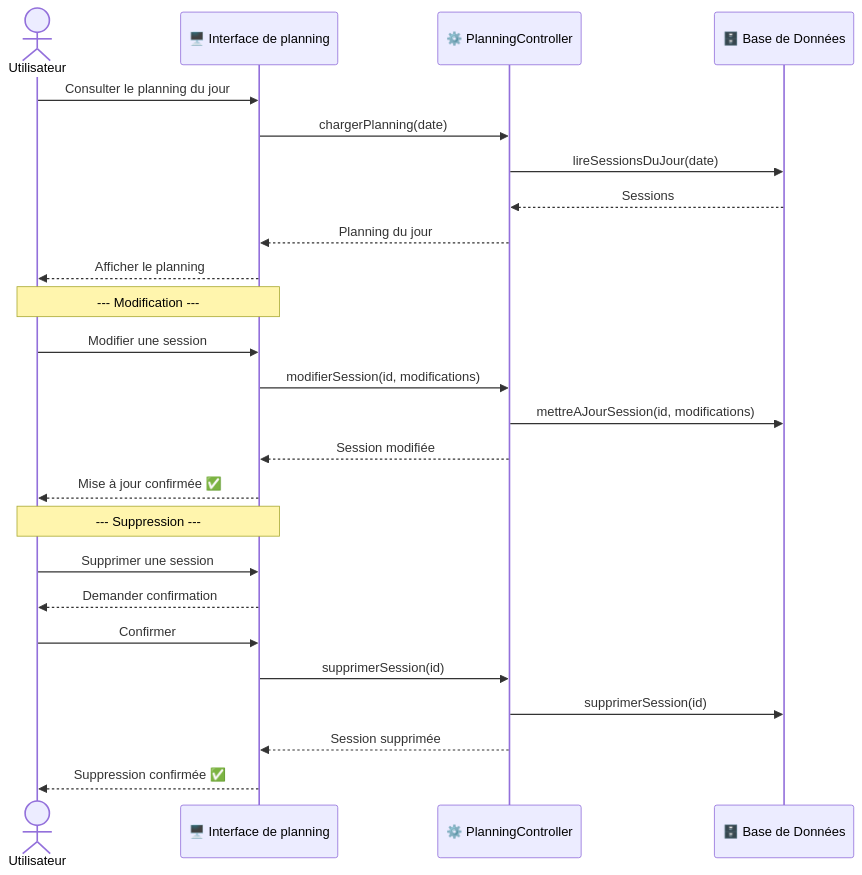
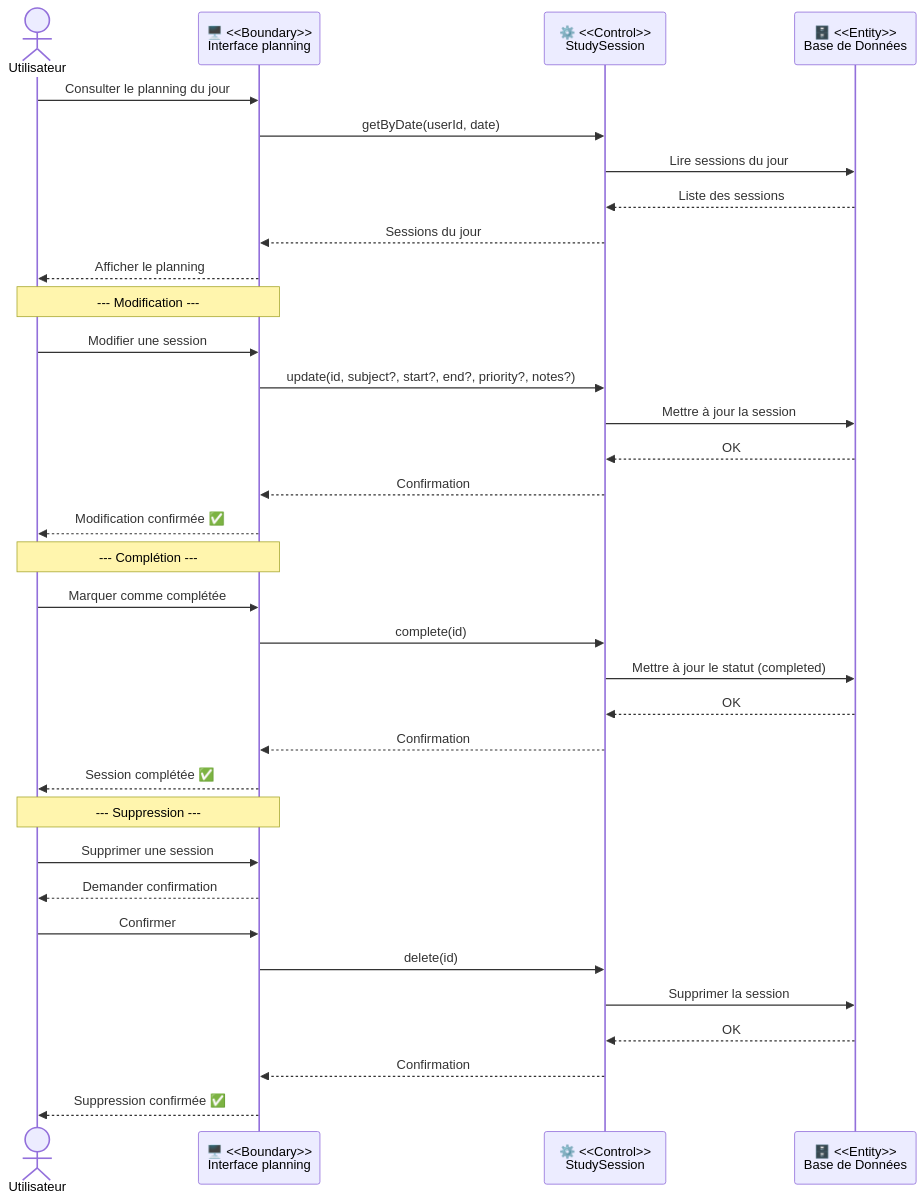
Before and after one commit to Jkacem/smart_focus: the ninth of 20 diagrams in docs/Conception_DiagrammeSequence.md, drawn with Mermaid. The commit also changed other lines of this file and 31 other files, not shown here.

````diff
--- a/docs/Conception_DiagrammeSequence.md
+++ b/docs/Conception_DiagrammeSequence.md
@@ -221,32 +302,43 @@
 ```mermaid
 sequenceDiagram
     actor Utilisateur
-    participant B as 🖥️ Interface de planning
-    participant C as ⚙️ PlanningController
-    participant E as 🗄️ Base de Données
+    participant B  as 🖥️ <<Boundary>><br/>Interface planning
+    participant SS as ⚙️ <<Control>><br/>StudySession
+    participant E  as 🗄️ <<Entity>><br/>Base de Données
 
     Utilisateur->>B: Consulter le planning du jour
-    B->>C: chargerPlanning(date)
-    C->>E: lireSessionsDuJour(date)
-    E-->>C: Sessions
-    C-->>B: Planning du jour
+    B->>SS: getByDate(userId, date)
+    SS->>E: Lire sessions du jour
+    E-->>SS: Liste des sessions
+    SS-->>B: Sessions du jour
     B-->>Utilisateur: Afficher le planning
 
     Note over Utilisateur, B: --- Modification ---
 
     Utilisateur->>B: Modifier une session
-    B->>C: modifierSession(id, modifications)
-    C->>E: mettreAJourSession(id, modifications)
-    C-->>B: Session modifiée
-    B-->>Utilisateur: Mise à jour confirmée ✅
+    B->>SS: update(id, subject?, start?, end?, priority?, notes?)
+    SS->>E: Mettre à jour la session
+    E-->>SS: OK
+    SS-->>B: Confirmation
+    B-->>Utilisateur: Modification confirmée ✅
+
+    Note over Utilisateur, B: --- Complétion ---
+
+    Utilisateur->>B: Marquer comme complétée
+    B->>SS: complete(id)
+    SS->>E: Mettre à jour le statut (completed)
+    E-->>SS: OK
+    SS-->>B: Confirmation
+    B-->>Utilisateur: Session complétée ✅
 
     Note over Utilisateur, B: --- Suppression ---
 
     Utilisateur->>B: Supprimer une session
     B-->>Utilisateur: Demander confirmation
     Utilisateur->>B: Confirmer
-    B->>C: supprimerSession(id)
-    C->>E: supprimerSession(id)
-    C-->>B: Session supprimée
+    B->>SS: delete(id)
+    SS->>E: Supprimer la session
+    E-->>SS: OK
+    SS-->>B: Confirmation
     B-->>Utilisateur: Suppression confirmée ✅
 ```
````
